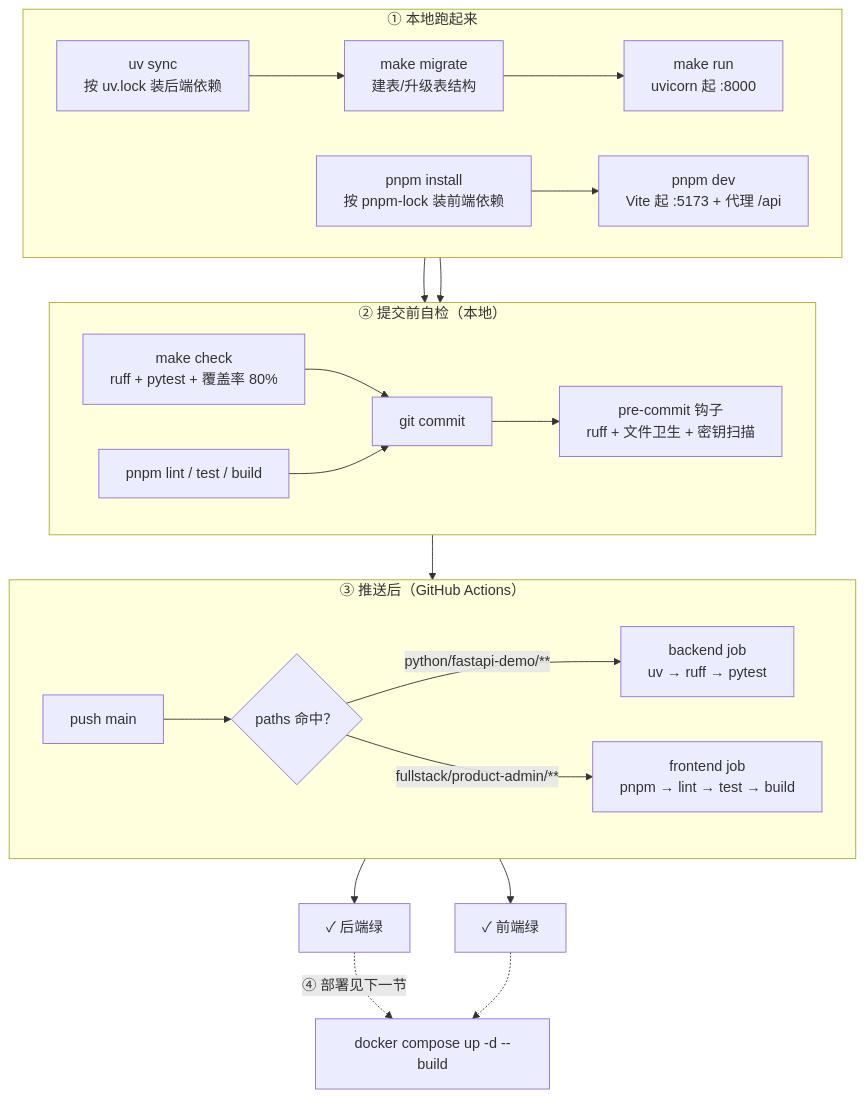
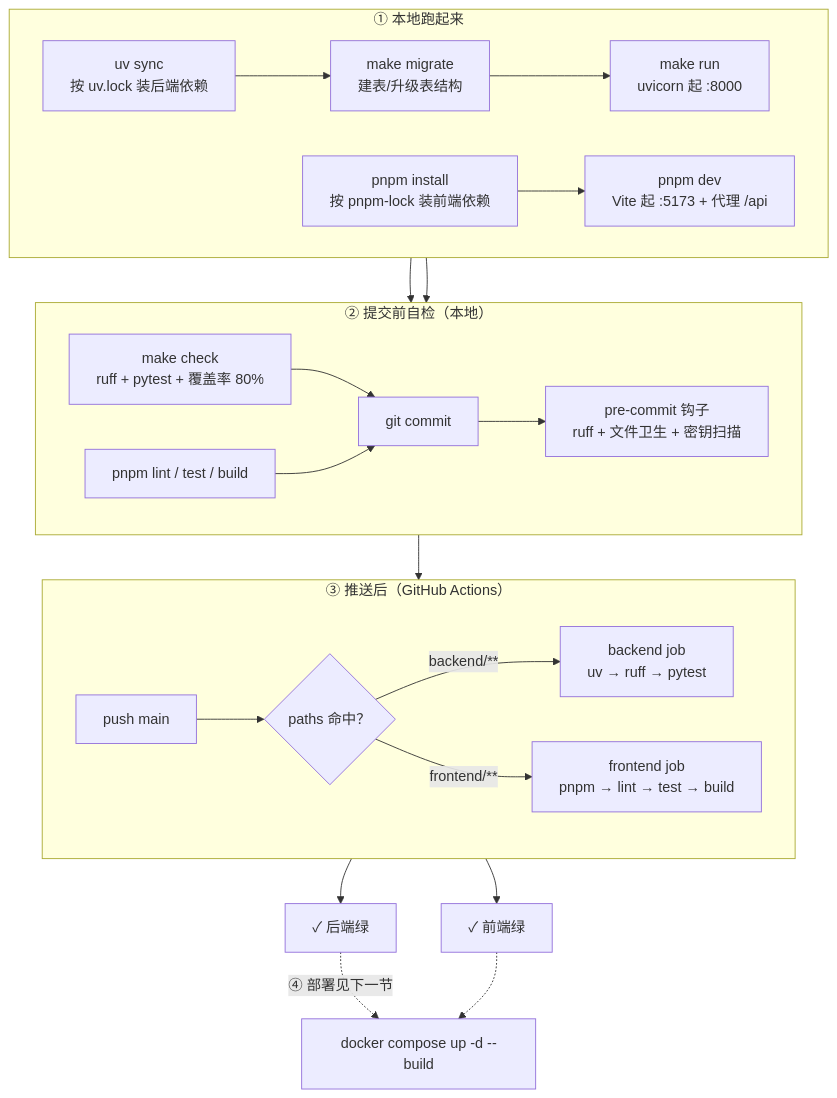
The first of 2 diagrams in docs/toolchain.md (calix-cui/my-learning), drawn with Mermaid before and after one commit. The commit also changed other lines of this file and 124 other files, not shown here.

First line of the commit message:
refactor: 目录扁平化为 backend 与 frontend

````diff
--- a/docs/toolchain.md
+++ b/docs/toolchain.md
@@ -8,31 +8,31 @@
 ```mermaid
 flowchart TB
     subgraph dev["① 本地跑起来"]
         direction LR
         A1["uv sync<br/>按 uv.lock 装后端依赖"] --> A2["make migrate<br/>建表/升级表结构"]
         A2 --> A3["make run<br/>uvicorn 起 :8000"]
         B1["pnpm install<br/>按 pnpm-lock 装前端依赖"] --> B2["pnpm dev<br/>Vite 起 :5173 + 代理 /api"]
     end
 
     subgraph gate["② 提交前自检（本地）"]
         direction LR
         C1["make check<br/>ruff + pytest + 覆盖率 80%"] --> C3["git commit"]
         C2["pnpm lint / test / build"] --> C3
         C3 --> C4["pre-commit 钩子<br/>ruff + 文件卫生 + 密钥扫描"]
     end
 
     subgraph ci["③ 推送后（GitHub Actions）"]
         direction LR
         D1["push main"] --> D2{"paths 命中？"}
-        D2 -->|"python/fastapi-demo/**"| D3["backend job<br/>uv → ruff → pytest"]
-        D2 -->|"fullstack/product-admin/**"| D4["frontend job<br/>pnpm → lint → test → build"]
+        D2 -->|"backend/**"| D3["backend job<br/>uv → ruff → pytest"]
+        D2 -->|"frontend/**"| D4["frontend job<br/>pnpm → lint → test → build"]
     end
 
     A3 --> C1
     B2 --> C2
     C4 --> D1
     D3 --> E1["✓ 后端绿"]
     D4 --> E2["✓ 前端绿"]
     E1 -.->|"④ 部署见下一节"| F["docker compose up -d --build"]
     E2 -.-> F
 ```
````
